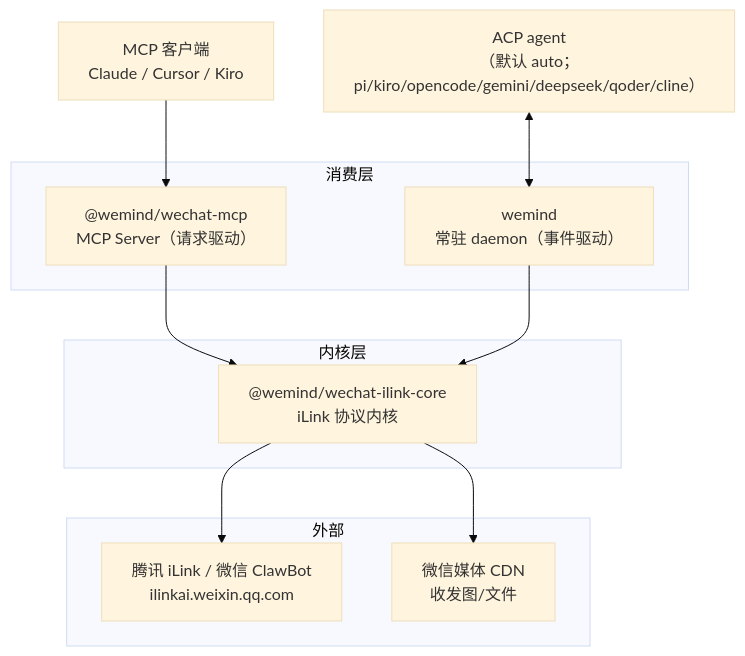
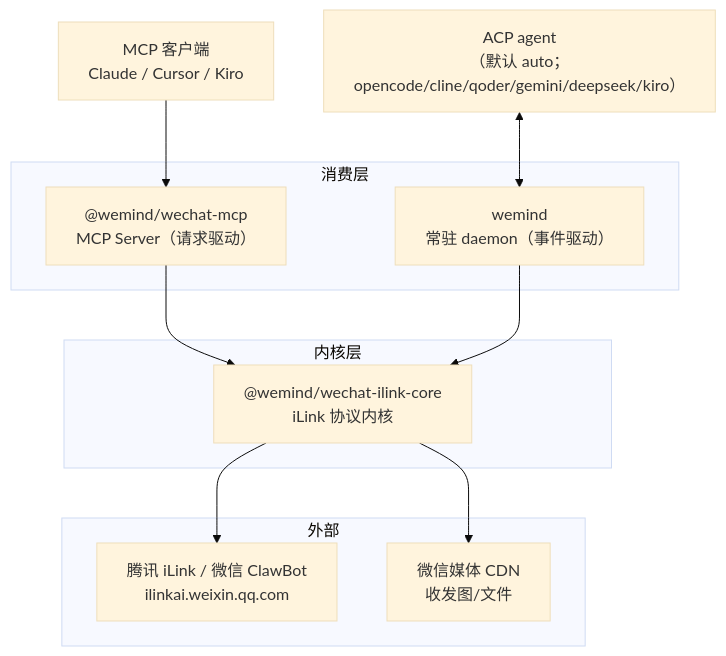
The first of 6 diagrams in docs/repowiki/02-系统架构.md (imwangpan/WeMind), drawn with Mermaid (base theme) before and after one commit. The commit also changed other lines of this file and 28 other files, not shown here.

First line of the commit message:
fix: auto 只探测原生 ACP，进度提示改为两档互斥

````diff
--- a/docs/repowiki/02-系统架构.md
+++ b/docs/repowiki/02-系统架构.md
@@ -13,20 +13,20 @@
 ```mermaid
 graph TD
     subgraph 消费层
         MCP["@wemind/wechat-mcp<br/>MCP Server（请求驱动）"]
         DAEMON["wemind<br/>常驻 daemon（事件驱动）"]
     end
     subgraph 内核层
         CORE["@wemind/wechat-ilink-core<br/>iLink 协议内核"]
     end
     subgraph 外部
         ILINK["腾讯 iLink / 微信 ClawBot<br/>ilinkai.weixin.qq.com"]
         CDN["微信媒体 CDN<br/>收发图/文件"]
     end
     MCPCLIENT["MCP 客户端<br/>Claude / Cursor / Kiro"] --> MCP
-    BRAIN["ACP agent<br/>（默认 auto；pi/kiro/opencode/gemini/deepseek/qoder/cline）"] <--> DAEMON
+    BRAIN["ACP agent<br/>（默认 auto；opencode/cline/qoder/gemini/deepseek/kiro）"] <--> DAEMON
     MCP --> CORE
     DAEMON --> CORE
     CORE --> ILINK
     CORE --> CDN
 ```
````
